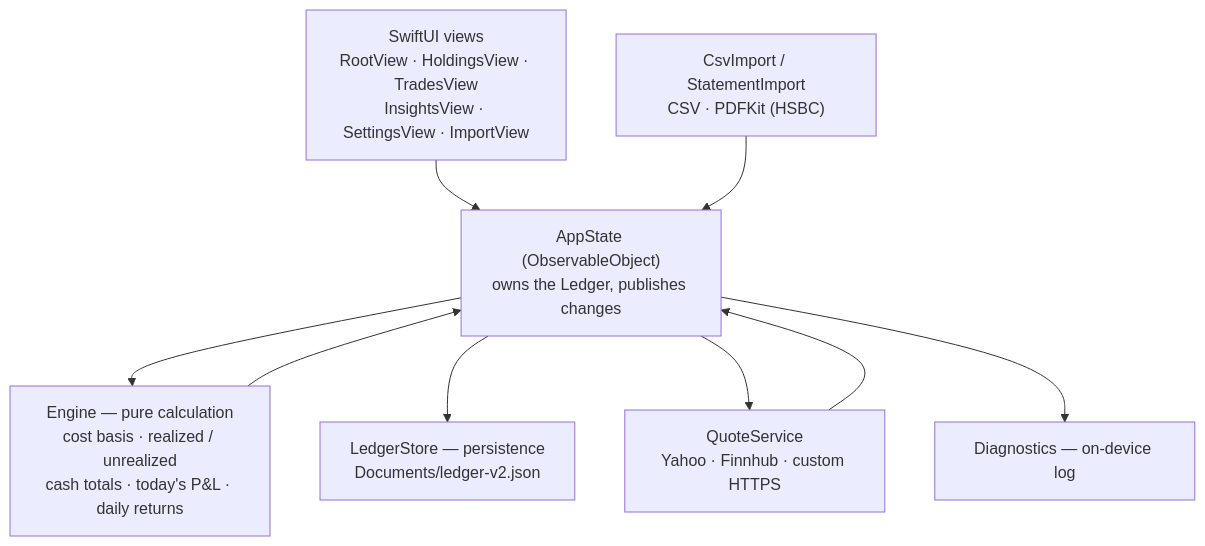
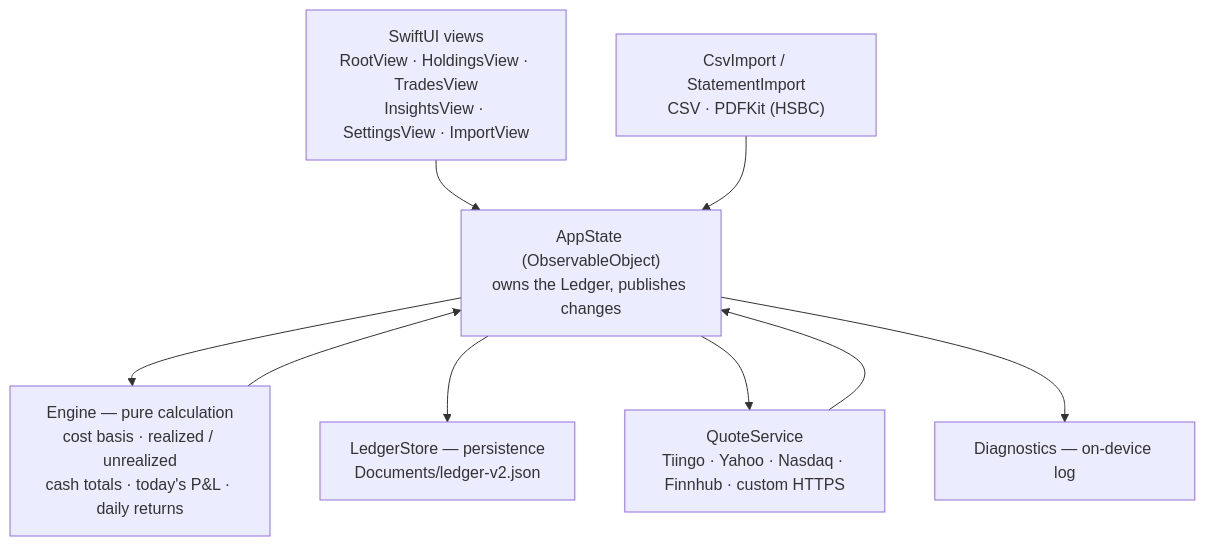
Before and after one commit to chengxiaomingcxm/us-stock-ledger: the diagram in README.md, drawn with Mermaid. The commit also changed other lines of this file and 21 other files, not shown here.

````diff
--- a/README.md
+++ b/README.md
@@ -69,19 +69,19 @@
 ```mermaid
 flowchart TD
     UI["SwiftUI views<br/>RootView · HoldingsView · TradesView<br/>InsightsView · SettingsView · ImportView"]
     State["AppState (ObservableObject)<br/>owns the Ledger, publishes changes"]
     Engine["Engine — pure calculation<br/>cost basis · realized / unrealized<br/>cash totals · today's P&L · daily returns"]
     Store["LedgerStore — persistence<br/>Documents/ledger-v2.json"]
-    Quotes["QuoteService<br/>Yahoo · Finnhub · custom HTTPS"]
+    Quotes["QuoteService<br/>Tiingo · Yahoo · Nasdaq · Finnhub · custom HTTPS"]
     Import["CsvImport / StatementImport<br/>CSV · PDFKit (HSBC)"]
     Diag["Diagnostics — on-device log"]
 
     UI --> State
     State --> Engine
     Engine --> State
     State --> Store
     State --> Quotes
     Quotes --> State
     Import --> State
     State --> Diag
 ```
````
